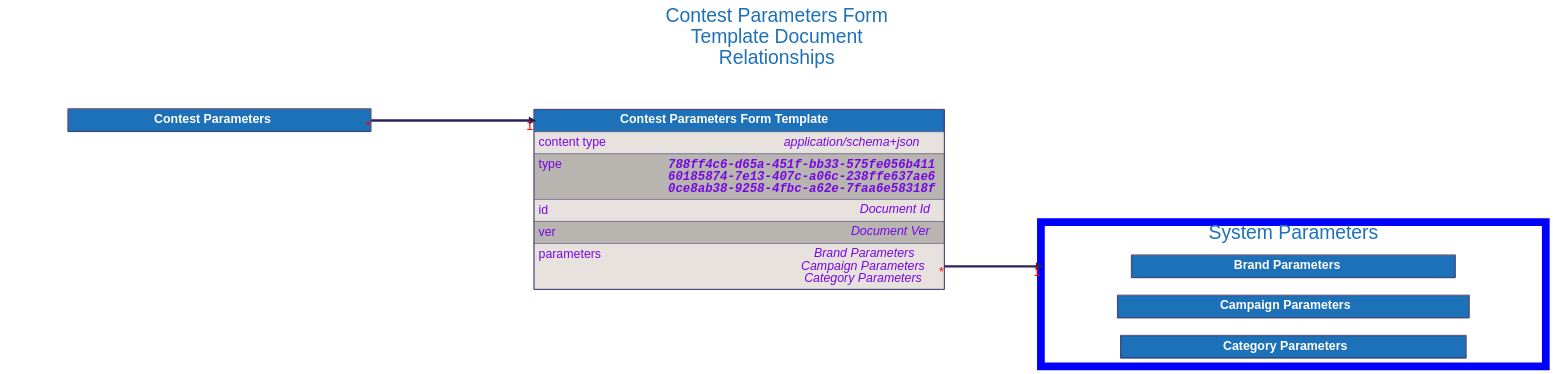
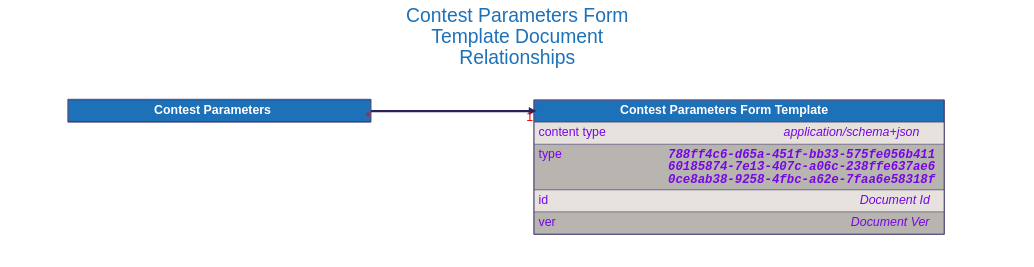
Before and after one commit to input-output-hk/catalyst-libs: the diagram in docs/src/architecture/08_concepts/signed_doc/diagrams/contest_parameters_form_template.dot, drawn with Graphviz. The commit also changed 15 other files, not shown here.

```diff
--- a/docs/src/architecture/08_concepts/signed_doc/diagrams/contest_parameters_form_template.dot
+++ b/docs/src/architecture/08_concepts/signed_doc/diagrams/contest_parameters_form_template.dot
@@ -1,150 +1,88 @@
 digraph "Contest Parameters Form Template" {
     rankdir="LR"
     graph [fontname="helvetica", fontsize="32", fontcolor="#29235c", bgcolor="white"];
     node [penwidth="0", margin="0", fontname="helvetica", fontsize="32", fontcolor="#29235c"];
     edge [fontname="helvetica", fontsize="32", fontcolor="red", color="#29235c"];
 
     labelloc="t"
     label="Contest Parameters Form
 Template Document
 Relationships"
     fontcolor="#1d71b8"
     fontsize=50
     compound=true
 
 
-
-    subgraph cluster_system_parameters {
-        label = "System Parameters";
-        color=blue
-        penwidth=20
-
-        "Brand Parameters" [
-            id="Brand Parameters";
-            label=<
-                <TABLE BORDER="2" COLOR="#29235c" CELLBORDER="1" CELLSPACING="0" CELLPADDING="10">
-                <TR>
-                    <TD PORT="title" BGCOLOR="#1d71b8" HREF="../brand_parameters/">
-                        <FONT COLOR="#ffffff"><B> Brand Parameters </B></FONT>
-                    </TD>
-                </TR>
-
-                </TABLE>
-            >
-        ];
-
-
-        "Campaign Parameters" [
-            id="Campaign Parameters";
-            label=<
-                <TABLE BORDER="2" COLOR="#29235c" CELLBORDER="1" CELLSPACING="0" CELLPADDING="10">
-                <TR>
-                    <TD PORT="title" BGCOLOR="#1d71b8" HREF="../campaign_parameters/">
-                        <FONT COLOR="#ffffff"><B> Campaign Parameters </B></FONT>
-                    </TD>
-                </TR>
-
-                </TABLE>
-            >
-        ];
-
-
-        "Category Parameters" [
-            id="Category Parameters";
-            label=<
-                <TABLE BORDER="2" COLOR="#29235c" CELLBORDER="1" CELLSPACING="0" CELLPADDING="10">
-                <TR>
-                    <TD PORT="title" BGCOLOR="#1d71b8" HREF="../category_parameters/">
-                        <FONT COLOR="#ffffff"><B> Category Parameters </B></FONT>
-                    </TD>
-                </TR>
-
-                </TABLE>
-            >
-        ];
-
-    }
 
     "Contest Parameters Form Template" [
         id="Contest Parameters Form Template";
         label=<
             <TABLE BORDER="2" COLOR="#29235c" CELLBORDER="1" CELLSPACING="0" CELLPADDING="10">
             <TR>
                 <TD PORT="title" BGCOLOR="#1d71b8" HREF="../contest_parameters_form_template/">
                     <FONT COLOR="#ffffff"><B> Contest Parameters Form Template </B></FONT>
                 </TD>
             </TR>
             <TR>
                 <TD ALIGN="LEFT" PORT="content type" BGCOLOR="#e7e2dd">
                     <TABLE CELLPADDING="0" CELLSPACING="0" BORDER="0">
                         <TR>
                             <TD ALIGN="LEFT" VALIGN="TOP" WIDTH="200"><FONT COLOR="#7706E5">content type</FONT></TD>
                             <TD ALIGN="RIGHT"><FONT COLOR="#7706E5"><I>application/schema+json</I></FONT></TD>
                         </TR>
                     </TABLE>
                 </TD>
             </TR>
             <TR>
                 <TD ALIGN="LEFT" PORT="type" BGCOLOR="#b8b5b0">
                     <TABLE CELLPADDING="0" CELLSPACING="0" BORDER="0">
                         <TR>
                             <TD ALIGN="LEFT" VALIGN="TOP" WIDTH="200"><FONT COLOR="#7706E5">type</FONT></TD>
                             <TD ALIGN="RIGHT"><FONT FACE="Courier" COLOR="#7706E5"><B><I>788ff4c6-d65a-451f-bb33-575fe056b411<BR />60185874-7e13-407c-a06c-238ffe637ae6<BR />0ce8ab38-9258-4fbc-a62e-7faa6e58318f</I></B></FONT></TD>
                         </TR>
                     </TABLE>
                 </TD>
             </TR>
             <TR>
                 <TD ALIGN="LEFT" PORT="id" BGCOLOR="#e7e2dd">
                     <TABLE CELLPADDING="0" CELLSPACING="0" BORDER="0">
                         <TR>
                             <TD ALIGN="LEFT" VALIGN="TOP" WIDTH="200"><FONT COLOR="#7706E5">id</FONT></TD>
                             <TD ALIGN="RIGHT"><FONT COLOR="#7706E5"><I>Document Id</I></FONT></TD>
                         </TR>
                     </TABLE>
                 </TD>
             </TR>
             <TR>
                 <TD ALIGN="LEFT" PORT="ver" BGCOLOR="#b8b5b0">
                     <TABLE CELLPADDING="0" CELLSPACING="0" BORDER="0">
                         <TR>
                             <TD ALIGN="LEFT" VALIGN="TOP" WIDTH="200"><FONT COLOR="#7706E5">ver</FONT></TD>
                             <TD ALIGN="RIGHT"><FONT COLOR="#7706E5"><I>Document Ver</I></FONT></TD>
                         </TR>
                     </TABLE>
                 </TD>
             </TR>
-            <TR>
-                <TD ALIGN="LEFT" PORT="parameters" BGCOLOR="#e7e2dd">
-                    <TABLE CELLPADDING="0" CELLSPACING="0" BORDER="0">
-                        <TR>
-                            <TD ALIGN="LEFT" VALIGN="TOP" WIDTH="200"><FONT COLOR="#7706E5">parameters</FONT></TD>
-                            <TD ALIGN="RIGHT"><FONT COLOR="#7706E5"><I>Brand Parameters<BR />Campaign Parameters<BR />Category Parameters</I></FONT></TD>
-                        </TR>
-                    </TABLE>
-                </TD>
-            </TR>
 
             </TABLE>
         >
     ];
 
 
     "Contest Parameters" [
         id="Contest Parameters";
         label=<
             <TABLE BORDER="2" COLOR="#29235c" CELLBORDER="1" CELLSPACING="0" CELLPADDING="10">
             <TR>
                 <TD PORT="title" BGCOLOR="#1d71b8" HREF="../contest_parameters/">
                     <FONT COLOR="#ffffff"><B> Contest Parameters </B></FONT>
                 </TD>
             </TR>
 
             </TABLE>
         >
     ];
 
 
-    "Contest Parameters Form Template":"parameters":e -> "Brand Parameters" [dir=forward, penwidth=6, color="#29235c", headlabel="1", taillabel="*", lhead="cluster_system_parameters"]
     "Contest Parameters":"title":e -> "Contest Parameters Form Template":"title":w [dir=forward, penwidth=6, color="#29235c", headlabel="1", taillabel="*"]
 }
```
